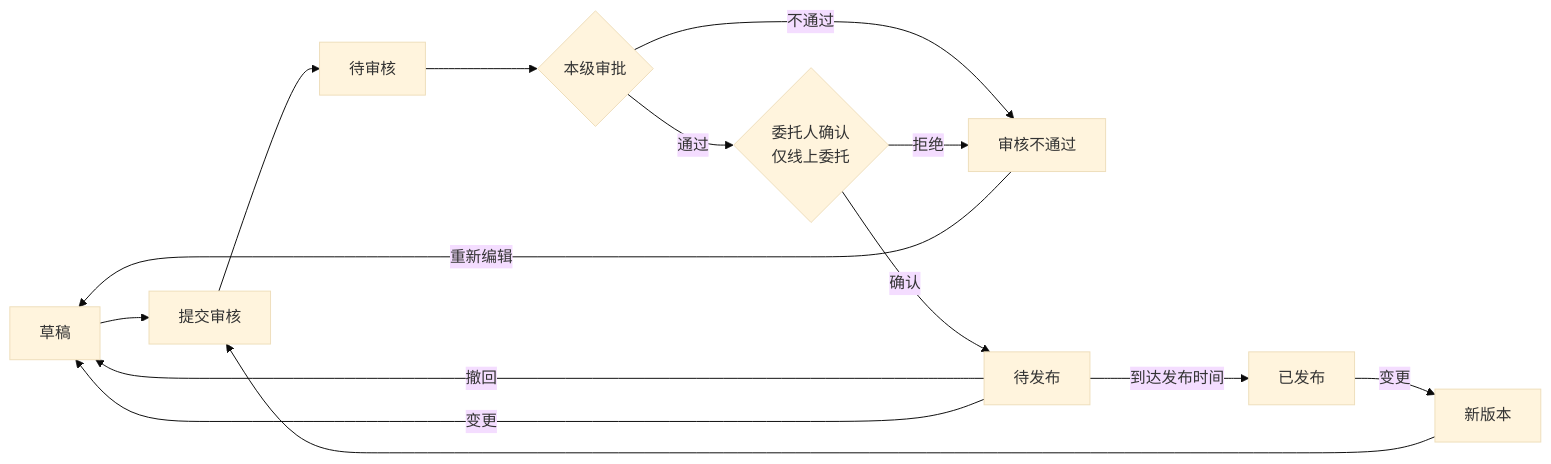
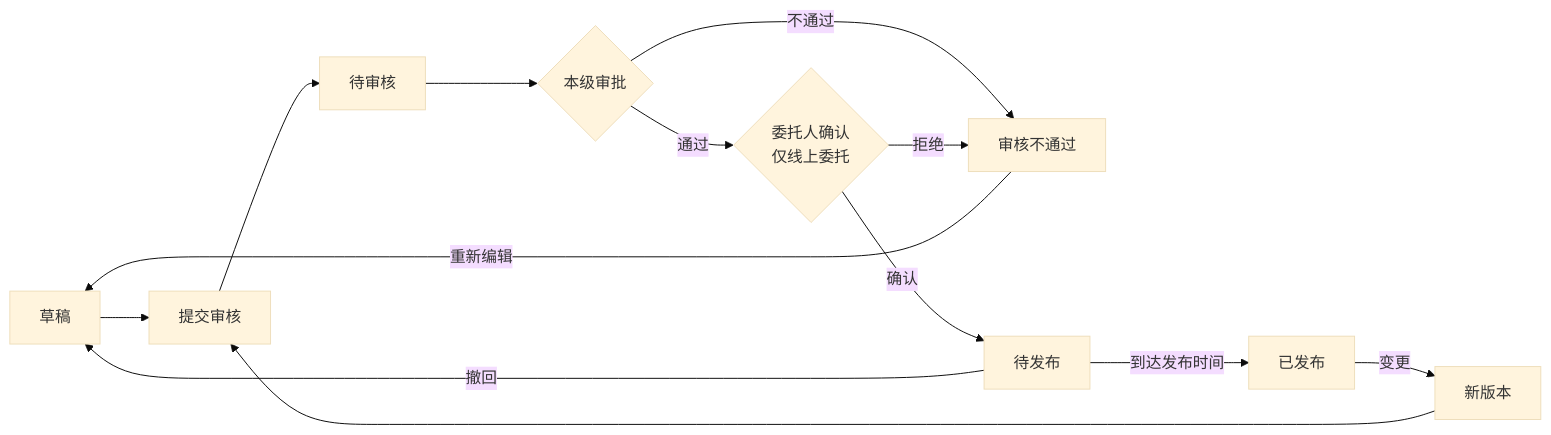
One commit to liangnvxiaozhou/procurement_platform changed the diagram in 智慧招采平台/设计文档/项目执行功能设计_20260622/01_发布管理-公告.md. Above: the diagram before and after it, drawn with Mermaid (base theme). The commit also changed other lines of this file, not shown here.

````diff
--- a/智慧招采平台/设计文档/项目执行功能设计_20260622/01_发布管理-公告.md
+++ b/智慧招采平台/设计文档/项目执行功能设计_20260622/01_发布管理-公告.md
@@ -9,16 +9,15 @@
 ```mermaid
 flowchart LR
     A[草稿] --> B[提交审核]
     B --> C[待审核]
     C --> D{本级审批}
     D -->|通过| E{委托人确认<br/>仅线上委托}
     D -->|不通过| F[审核不通过]
     E -->|确认| G[待发布]
     E -->|拒绝| F
     G -->|撤回| A
     G -->|到达发布时间| H[已发布]
-    G -->|变更| A
     H -->|变更| I[新版本]
     I --> B
     F -->|重新编辑| A
 ```
````
